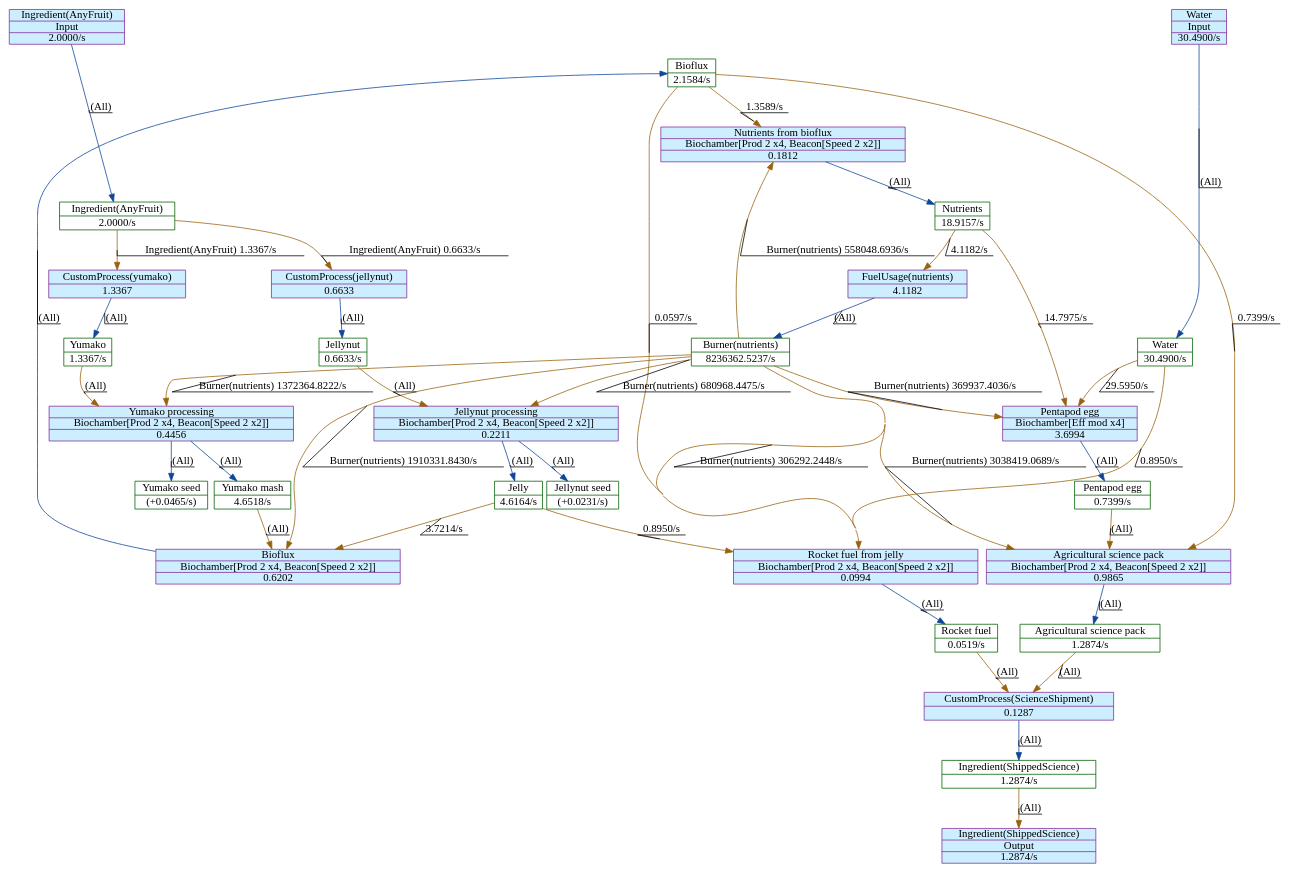
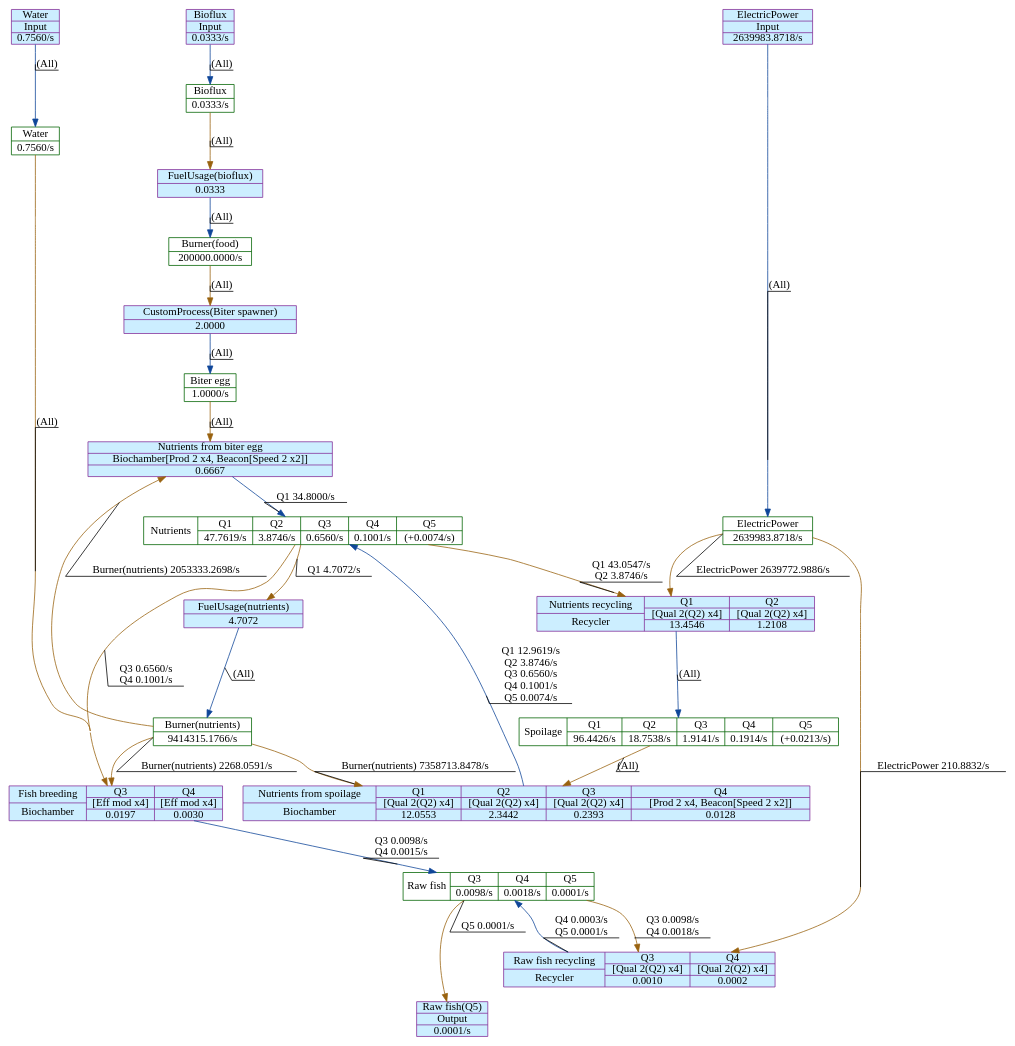
One commit to GlassBricks/factorio-analysis changed the diagram in output/agri-sci.dot. Above: the diagram before and after it, drawn with Graphviz. The commit also changed 10 other files, not shown here.

```diff
--- a/output/agri-sci.dot
+++ b/output/agri-sci.dot
@@ -1,102 +1,86 @@
 digraph {
     layout="dot"
     concentrate=true
     node [shape="record"; margin=0]
     edge [decorate=true]
-    0 [color="#006400"; label="{Bioflux|2.1584/s}"]
-    1 [color="#006400"; label="{Pentapod egg|0.7399/s}"]
-    2 [color="#006400"; label="{Burner(nutrients)|8236362.5237/s}"]
-    3 [color="#006400"; label="{Agricultural science pack|1.2874/s}"]
-    4 [color="#006400"; label="{Ingredient(AnyFruit)|2.0000/s}"]
-    5 [color="#006400"; label="{Yumako|1.3367/s}"]
-    6 [color="#006400"; label="{Yumako seed|(+0.0465/s)}"]
-    7 [color="#006400"; label="{Yumako mash|4.6518/s}"]
-    8 [color="#006400"; label="{Water|30.4900/s}"]
-    9 [color="#006400"; label="{Ingredient(ShippedScience)|1.2874/s}"]
-    10 [color="#006400"; label="{Rocket fuel|0.0519/s}"]
-    11 [color="#006400"; label="{Jellynut|0.6633/s}"]
-    12 [color="#006400"; label="{Jelly|4.6164/s}"]
-    13 [color="#006400"; label="{Nutrients|18.9157/s}"]
-    14 [color="#006400"; label="{Jellynut seed|(+0.0231/s)}"]
-    15 [style="filled"; color="#842e99"; fillcolor="#cceeff"; label="{Agricultural science pack|Biochamber[Prod 2 x4, Beacon[Speed 2 x2]]|0.9865}"]
-    16 [style="filled"; color="#842e99"; fillcolor="#cceeff"; label="{CustomProcess(yumako)|1.3367}"]
-    17 [style="filled"; color="#842e99"; fillcolor="#cceeff"; label="{Ingredient(AnyFruit)|Input|2.0000/s}"]
-    18 [style="filled"; color="#842e99"; fillcolor="#cceeff"; label="{Yumako processing|Biochamber[Prod 2 x4, Beacon[Speed 2 x2]]|0.4456}"]
-    19 [style="filled"; color="#842e99"; fillcolor="#cceeff"; label="{Water|Input|30.4900/s}"]
-    20 [style="filled"; color="#842e99"; fillcolor="#cceeff"; label="{CustomProcess(ScienceShipment)|0.1287}"]
-    21 [style="filled"; color="#842e99"; fillcolor="#cceeff"; label="{Ingredient(ShippedScience)|Output|1.2874/s}"]
-    22 [style="filled"; color="#842e99"; fillcolor="#cceeff"; label="{CustomProcess(jellynut)|0.6633}"]
-    23 [style="filled"; color="#842e99"; fillcolor="#cceeff"; label="{Bioflux|Biochamber[Prod 2 x4, Beacon[Speed 2 x2]]|0.6202}"]
-    24 [style="filled"; color="#842e99"; fillcolor="#cceeff"; label="{Rocket fuel from jelly|Biochamber[Prod 2 x4, Beacon[Speed 2 x2]]|0.0994}"]
-    25 [style="filled"; color="#842e99"; fillcolor="#cceeff"; label="{Nutrients from bioflux|Biochamber[Prod 2 x4, Beacon[Speed 2 x2]]|0.1812}"]
-    26 [style="filled"; color="#842e99"; fillcolor="#cceeff"; label="{Pentapod egg|Biochamber[Eff mod x4]|3.6994}"]
-    27 [style="filled"; color="#842e99"; fillcolor="#cceeff"; label="{FuelUsage(nutrients)|4.1182}"]
-    28 [style="filled"; color="#842e99"; fillcolor="#cceeff"; label="{Jellynut processing|Biochamber[Prod 2 x4, Beacon[Speed 2 x2]]|0.2211}"]
-    0 -> 15 [color="#99620f"; label="0.7399/s
+    0 [color="#006400"; label="{Bioflux|0.0333/s}"]
+    1 [color="#006400"; label="{Burner(food)|200000.0000/s}"]
+    2 [color="#006400"; label="{ElectricPower|2639983.8718/s}"]
+    3 [color="#006400"; label="{Water|0.7560/s}"]
+    4 [color="#006400"; label="{Burner(nutrients)|9414315.1766/s}"]
+    5 [color="#006400"; label="{Biter egg|1.0000/s}"]
+    6 [style="filled"; color="#842e99"; fillcolor="#cceeff"; label="{FuelUsage(bioflux)|0.0333}"]
+    7 [style="filled"; color="#842e99"; fillcolor="#cceeff"; label="{Bioflux|Input|0.0333/s}"]
+    8 [style="filled"; color="#842e99"; fillcolor="#cceeff"; label="{Raw fish(Q5)|Output|0.0001/s}"]
+    9 [style="filled"; color="#842e99"; fillcolor="#cceeff"; label="{Water|Input|0.7560/s}"]
+    10 [style="filled"; color="#842e99"; fillcolor="#cceeff"; label="{ElectricPower|Input|2639983.8718/s}"]
+    11 [style="filled"; color="#842e99"; fillcolor="#cceeff"; label="{CustomProcess(Biter spawner)|2.0000}"]
+    12 [style="filled"; color="#842e99"; fillcolor="#cceeff"; label="{FuelUsage(nutrients)|4.7072}"]
+    13 [style="filled"; color="#842e99"; fillcolor="#cceeff"; label="{Nutrients from biter egg|Biochamber[Prod 2 x4, Beacon[Speed 2 x2]]|0.6667}"]
+    14 [color="#006400"; label="{Raw fish}|{Q3|0.0098/s}|{Q4|0.0018/s}|{Q5|0.0001/s}"]
+    15 [color="#006400"; label="{Nutrients}|{Q1|47.7619/s}|{Q2|3.8746/s}|{Q3|0.6560/s}|{Q4|0.1001/s}|{Q5|(+0.0074/s)}"]
+    16 [color="#006400"; label="{Spoilage}|{Q1|96.4426/s}|{Q2|18.7538/s}|{Q3|1.9141/s}|{Q4|0.1914/s}|{Q5|(+0.0213/s)}"]
+    17 [style="filled"; color="#842e99"; fillcolor="#cceeff"; label="{Raw fish recycling|Recycler}|{Q3|[Qual 2(Q2) x4]|0.0010}|{Q4|[Qual 2(Q2) x4]|0.0002}"; shape="record"]
+    18 [style="filled"; color="#842e99"; fillcolor="#cceeff"; label="{Fish breeding|Biochamber}|{Q3|[Eff mod x4]|0.0197}|{Q4|[Eff mod x4]|0.0030}"; shape="record"]
+    19 [style="filled"; color="#842e99"; fillcolor="#cceeff"; label="{Nutrients recycling|Recycler}|{Q1|[Qual 2(Q2) x4]|13.4546}|{Q2|[Qual 2(Q2) x4]|1.2108}"; shape="record"]
+    20 [style="filled"; color="#842e99"; fillcolor="#cceeff"; label="{Nutrients from spoilage|Biochamber}|{Q1|[Qual 2(Q2) x4]|12.0553}|{Q2|[Qual 2(Q2) x4]|2.3442}|{Q3|[Qual 2(Q2) x4]|0.2393}|{Q4|[Prod 2 x4, Beacon[Speed 2 x2]]|0.0128}"; shape="record"]
+    0 -> 6 [color="#99620f"; label="(All)"]
+    1 -> 11 [color="#99620f"; label="(All)"]
+    2 -> 17 [color="#99620f"; label="ElectricPower	210.8832/s
 "]
-    0 -> 24 [color="#99620f"; label="0.0597/s
+    2 -> 19 [color="#99620f"; label="ElectricPower	2639772.9886/s
 "]
-    0 -> 25 [color="#99620f"; label="1.3589/s
+    3 -> 18 [color="#99620f"; label="(All)"]
+    4 -> 13 [color="#99620f"; label="Burner(nutrients)	2053333.2698/s
 "]
-    1 -> 15 [color="#99620f"; label="(All)"]
-    2 -> 15 [color="#99620f"; label="Burner(nutrients)	3038419.0689/s
+    4 -> 18 [color="#99620f"; label="Burner(nutrients)	2268.0591/s
 "]
-    2 -> 18 [color="#99620f"; label="Burner(nutrients)	1372364.8222/s
+    4 -> 20 [color="#99620f"; label="Burner(nutrients)	7358713.8478/s
 "]
-    2 -> 23 [color="#99620f"; label="Burner(nutrients)	1910331.8430/s
+    5 -> 13 [color="#99620f"; label="(All)"]
+    6 -> 1 [color="#0f4699"; label="(All)"]
+    7 -> 0 [color="#0f4699"; label="(All)"]
+    9 -> 3 [color="#0f4699"; label="(All)"]
+    10 -> 2 [color="#0f4699"; label="(All)"]
+    11 -> 5 [color="#0f4699"; label="(All)"]
+    12 -> 4 [color="#0f4699"; label="(All)"]
+    13 -> 15 [color="#0f4699"; label="Q1	34.8000/s
 "]
-    2 -> 24 [color="#99620f"; label="Burner(nutrients)	306292.2448/s
+    14 -> 8 [color="#99620f"; label="Q5	0.0001/s
 "]
-    2 -> 25 [color="#99620f"; label="Burner(nutrients)	558048.6936/s
+    14 -> 17 [color="#99620f"; label="Q3	0.0098/s
+Q4	0.0018/s
 "]
-    2 -> 26 [color="#99620f"; label="Burner(nutrients)	369937.4036/s
+    15 -> 12 [color="#99620f"; label="Q1	4.7072/s
 "]
-    2 -> 28 [color="#99620f"; label="Burner(nutrients)	680968.4475/s
+    15 -> 18 [color="#99620f"; label="Q3	0.6560/s
+Q4	0.1001/s
 "]
-    3 -> 20 [color="#99620f"; label="(All)"]
-    4 -> 16 [color="#99620f"; label="Ingredient(AnyFruit)	1.3367/s
+    15 -> 19 [color="#99620f"; label="Q1	43.0547/s
+Q2	3.8746/s
 "]
-    4 -> 22 [color="#99620f"; label="Ingredient(AnyFruit)	0.6633/s
+    16 -> 20 [color="#99620f"; label="(All)"]
+    17 -> 14 [color="#0f4699"; label="Q4	0.0003/s
+Q5	0.0001/s
 "]
-    5 -> 18 [color="#99620f"; label="(All)"]
-    7 -> 23 [color="#99620f"; label="(All)"]
-    8 -> 24 [color="#99620f"; label="0.8950/s
+    18 -> 14 [color="#0f4699"; label="Q3	0.0098/s
+Q4	0.0015/s
 "]
-    8 -> 26 [color="#99620f"; label="29.5950/s
+    19 -> 16 [color="#0f4699"; label="(All)"]
+    20 -> 15 [color="#0f4699"; label="Q1	12.9619/s
+Q2	3.8746/s
+Q3	0.6560/s
+Q4	0.1001/s
+Q5	0.0074/s
 "]
-    9 -> 21 [color="#99620f"; label="(All)"]
-    10 -> 20 [color="#99620f"; label="(All)"]
-    11 -> 28 [color="#99620f"; label="(All)"]
-    12 -> 23 [color="#99620f"; label="3.7214/s
-"]
-    12 -> 24 [color="#99620f"; label="0.8950/s
-"]
-    13 -> 26 [color="#99620f"; label="14.7975/s
-"]
-    13 -> 27 [color="#99620f"; label="4.1182/s
-"]
-    15 -> 3 [color="#0f4699"; label="(All)"]
-    16 -> 5 [color="#0f4699"; label="(All)"]
-    17 -> 4 [color="#0f4699"; label="(All)"]
-    18 -> 6 [color="#0f4699"; label="(All)"]
-    18 -> 7 [color="#0f4699"; label="(All)"]
-    19 -> 8 [color="#0f4699"; label="(All)"]
-    20 -> 9 [color="#0f4699"; label="(All)"]
-    22 -> 11 [color="#0f4699"; label="(All)"]
-    23 -> 0 [color="#0f4699"; label="(All)"]
-    24 -> 10 [color="#0f4699"; label="(All)"]
-    25 -> 13 [color="#0f4699"; label="(All)"]
-    26 -> 1 [color="#0f4699"; label="(All)"]
-    27 -> 2 [color="#0f4699"; label="(All)"]
-    28 -> 14 [color="#0f4699"; label="(All)"]
-    28 -> 12 [color="#0f4699"; label="(All)"]
     subgraph {
         rank="source"
-        17
-        19
+        7
+        9
+        10
     }
     subgraph {
         rank="sink"
-        21
+        8
     }
 }
```
